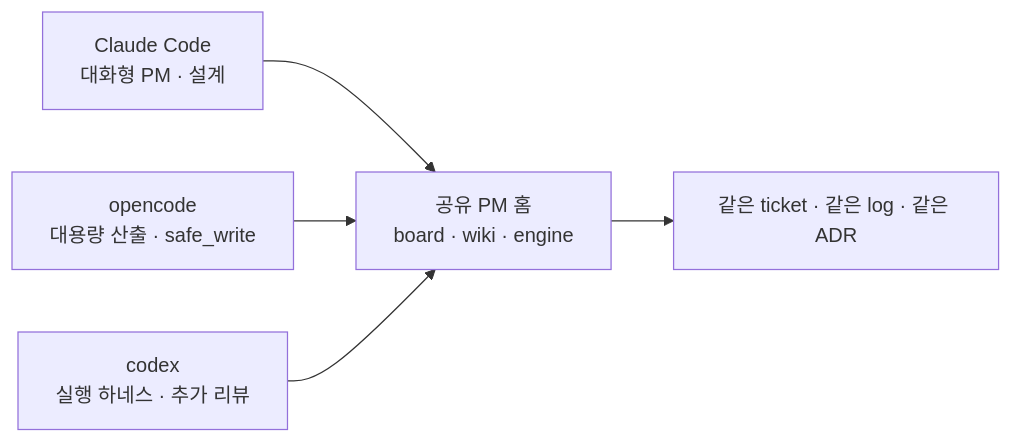
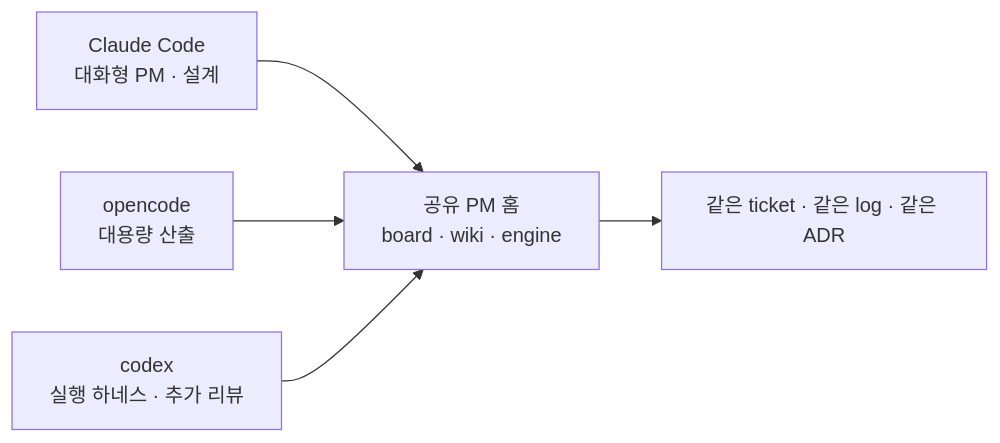
Diagram 11 of 12 in README.md (sumin-ahn/project_manager), drawn with Mermaid before and after one commit. The commit also changed other lines of this file and 32 other files, not shown here.

Commit message:
opencode 쓰기 가드(safe-write)를 지움

````diff
--- a/README.md
+++ b/README.md
@@ -423,12 +423,12 @@
 ```mermaid
 flowchart LR
     Home["공유 PM 홈<br/>board · wiki · engine"]
     Claude["Claude Code<br/>대화형 PM · 설계"]
-    OpenCode["opencode<br/>대용량 산출 · safe_write"]
+    OpenCode["opencode<br/>대용량 산출"]
     Codex["codex<br/>실행 하네스 · 추가 리뷰"]
 
     Claude --> Home
     OpenCode --> Home
     Codex --> Home
     Home --> Ticket["같은 ticket · 같은 log · 같은 ADR"]
 ```
````
